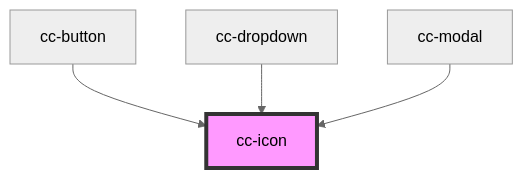
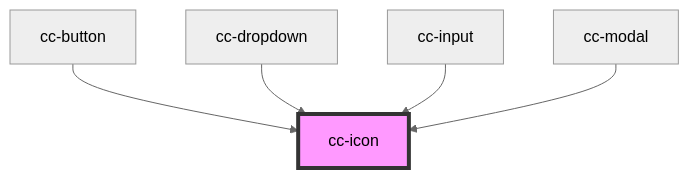
One commit to lacafetalab/cafeta-components changed the diagram in packages/core/src/components/cc-icon/readme.md. Above: the diagram before and after it, drawn with Mermaid (neutral theme). The commit also changed other lines of this file and 5 other files, not shown here.

Commit message:
feat(input): add icon

````diff
--- a/packages/core/src/components/cc-icon/readme.md
+++ b/packages/core/src/components/cc-icon/readme.md
@@ -25,7 +26,8 @@
 ```mermaid
 graph TD;
   cc-button --> cc-icon
   cc-dropdown --> cc-icon
+  cc-input --> cc-icon
   cc-modal --> cc-icon
   style cc-icon fill:#f9f,stroke:#333,stroke-width:4px
 ```
````
